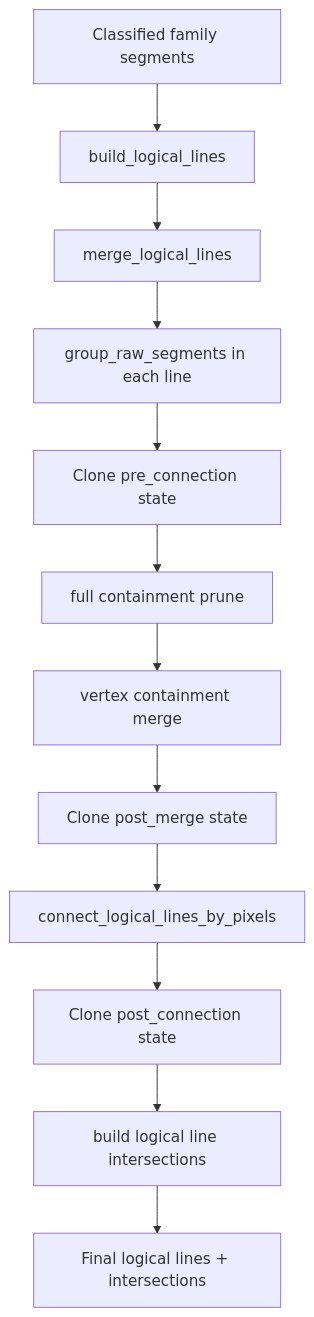
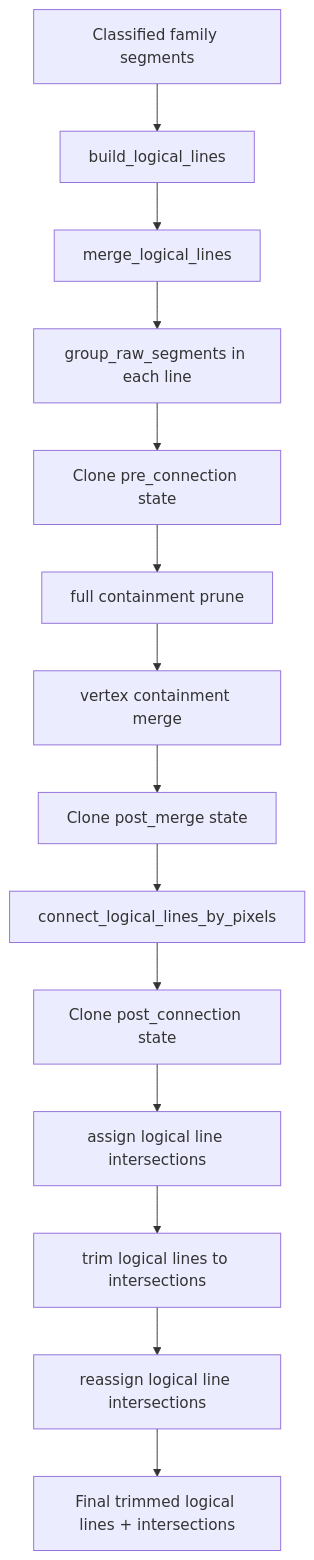
One commit to ML-Experts/sudoku changed the diagram in src/MachineLearning/draft/raw_line_family_only/documentation/logical_line_lifecycle.md. Above: the diagram before and after it, drawn with Mermaid. The commit also changed other lines of this file and 7 other files, not shown here.

First line of the commit message:
Update documentation for logical line processing and intersection handling

````diff
--- a/src/MachineLearning/draft/raw_line_family_only/documentation/logical_line_lifecycle.md
+++ b/src/MachineLearning/draft/raw_line_family_only/documentation/logical_line_lifecycle.md
@@ -82,14 +83,16 @@
 ```mermaid
 flowchart TD
     familySegments[Classified family segments] --> buildLines[build_logical_lines]
     buildLines --> mergeLines[merge_logical_lines]
     mergeLines --> groupRaw[group_raw_segments in each line]
     groupRaw --> savePre[Clone pre_connection state]
     savePre --> fullContainment[full containment prune]
     fullContainment --> vertexMerge[vertex containment merge]
     vertexMerge --> savePostMerge[Clone post_merge state]
     savePostMerge --> pixelConnect[connect_logical_lines_by_pixels]
     pixelConnect --> savePost[Clone post_connection state]
-    savePost --> buildIntersections[build logical line intersections]
-    buildIntersections --> finalLines[Final logical lines + intersections]
+    savePost --> assignIntersections[assign logical line intersections]
+    assignIntersections --> trimToIntersections[trim logical lines to intersections]
+    trimToIntersections --> reassignIntersections[reassign logical line intersections]
+    reassignIntersections --> finalLines[Final trimmed logical lines + intersections]
 ```
````
